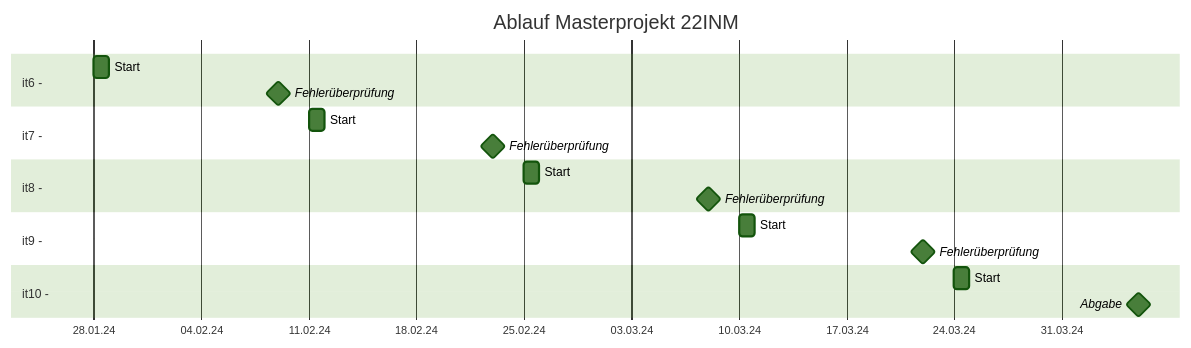
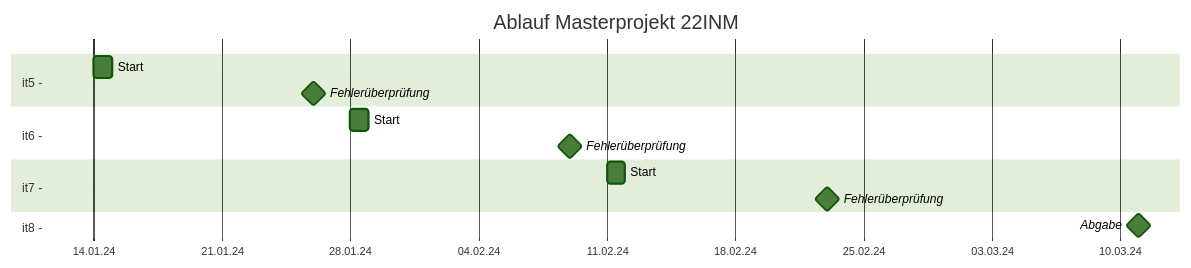
The second of 2 diagrams in documentation/planning/procedure.md (KnYL3R/AmIVulnerable), drawn with Mermaid (forest theme) before and after one commit. The commit also changed other lines of this file and 2 other files, not shown here.

Commit message:
First proposal for the revision of the Gantt chart

````diff
--- a/documentation/planning/procedure.md
+++ b/documentation/planning/procedure.md
@@ -43,32 +46,26 @@
 ```mermaid
 gantt
     dateFormat  YYYY-MM-DD
     axisFormat  %d.%m.%y
     title       Ablauf Masterprojekt 22INM
     todayMarker off
+
+    section it5 - 
+    Start: it5-1, 2024-01-14, 1d
+
+    Fehlerüberprüfung: milestone, 2024-01-26, 0d
 
     section it6 - 
     Start: it6-1, 2024-01-28, 1d
 
     Fehlerüberprüfung: milestone, 2024-02-09, 0d
 
     section it7 - 
     Start: it7-1, 2024-02-11, 1d
 
     Fehlerüberprüfung: milestone, 2024-02-23, 0d
 
     section it8 - 
-    Start: it7-1, 2024-02-25, 1d
 
-    Fehlerüberprüfung: milestone, 2024-03-08, 0d
-
-    section it9 - 
-    Start: it7-1, 2024-03-10, 1d
-
-    Fehlerüberprüfung: milestone, 2024-03-22, 0d
-
-    section it10 - 
-    Start: it7-1, 2024-03-24, 1d
-
-    Abgabe: milestone, 2024-04-05, 0d
+    Abgabe: milestone, 2024-03-11, 0d
 ```
````
